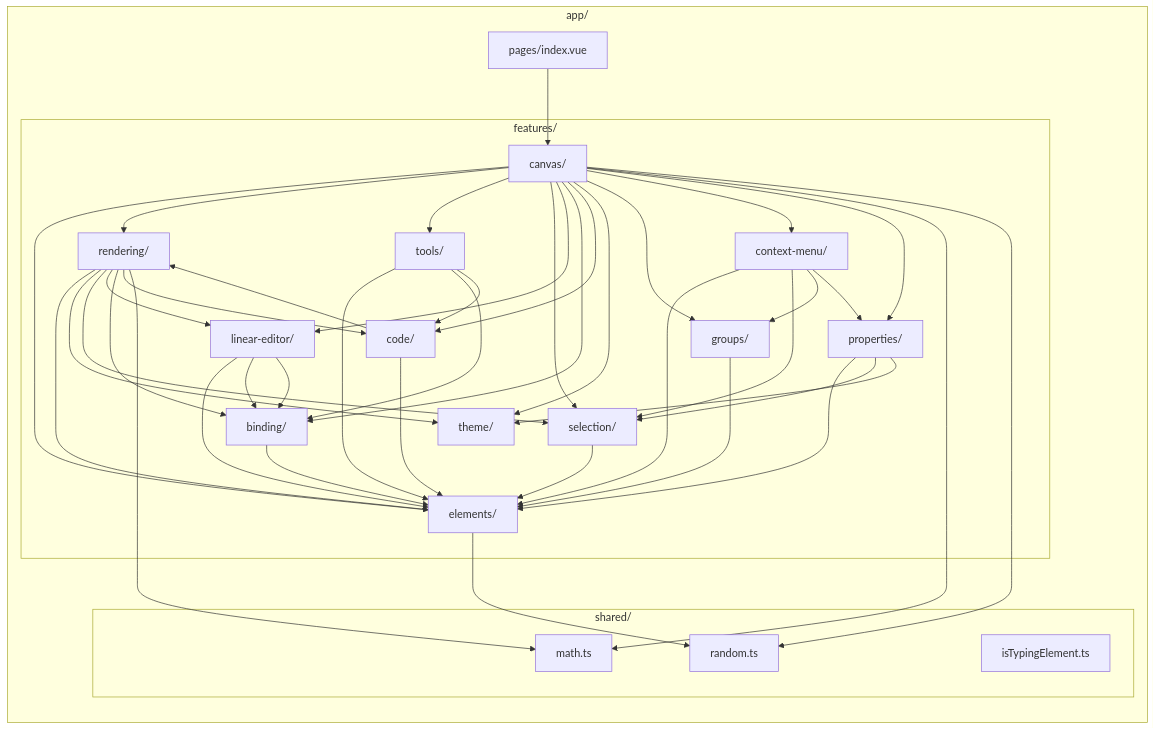
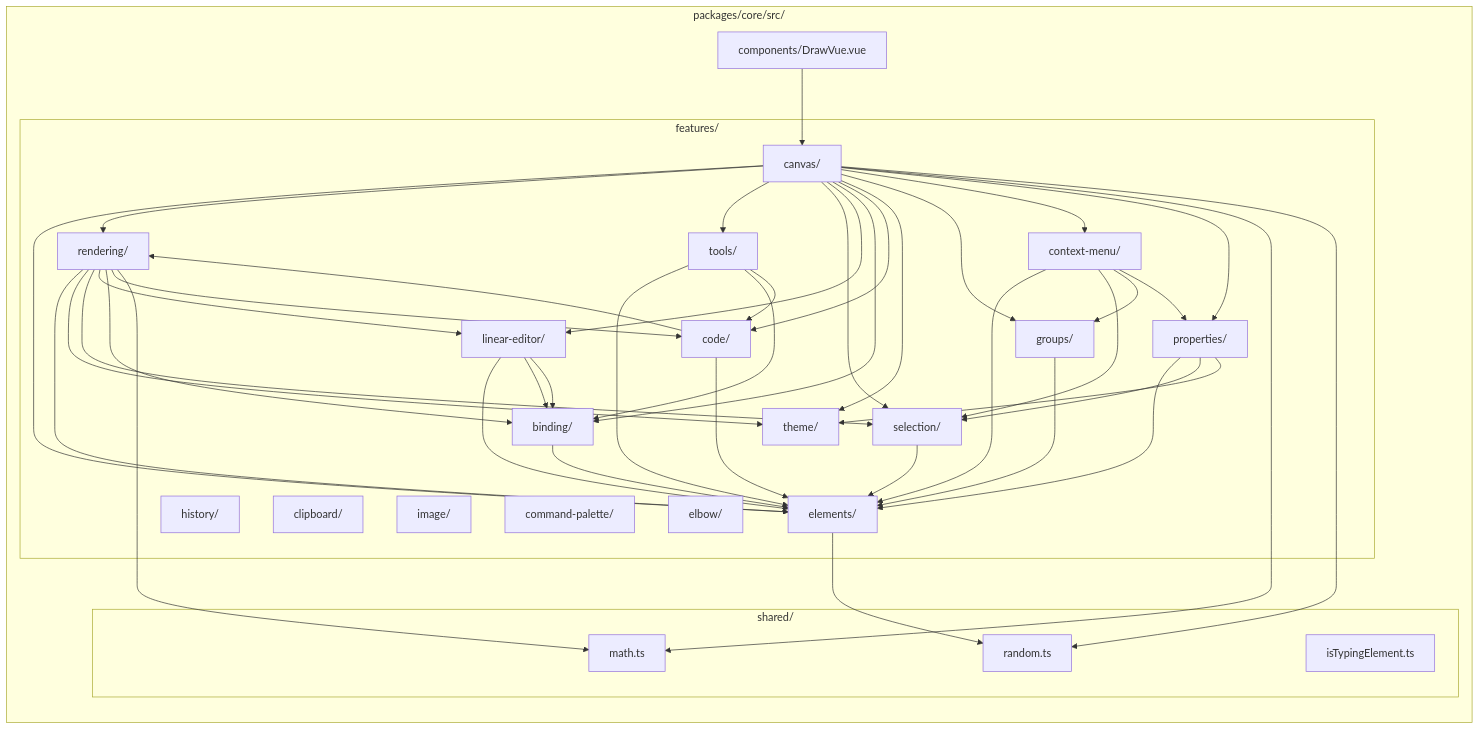
Before and after one commit to alexanderop/excalidrawNuxt: the diagram in docs/diagrams/feature-architecture.md, drawn with Mermaid. The commit also changed other lines of this file and 52 other files, not shown here.

````diff
--- a/docs/diagrams/feature-architecture.md
+++ b/docs/diagrams/feature-architecture.md
@@ -5,66 +7,71 @@
 ```mermaid
 graph LR
-    subgraph "app/"
-        Pages[pages/index.vue]
+    subgraph "packages/core/src/"
+        DrawVue[components/DrawVue.vue]
         subgraph "features/"
             Canvas[canvas/]
             ContextMenu[context-menu/]
             Elements[elements/]
             Properties[properties/]
             Rendering[rendering/]
             Tools[tools/]
             Selection[selection/]
             LinearEditor[linear-editor/]
             Binding[binding/]
             Code[code/]
             Theme[theme/]
             Groups[groups/]
+            History[history/]
+            Clipboard[clipboard/]
+            Image[image/]
+            CommandPalette[command-palette/]
+            Elbow[elbow/]
         end
         subgraph "shared/"
             Math[math.ts]
             Random[random.ts]
             IsTyping[isTypingElement.ts]
         end
     end
 
-    Pages --> Canvas
+    DrawVue --> Canvas
     Canvas --> Elements
     Canvas --> Rendering
     Canvas --> Tools
     Canvas --> Selection
     Canvas --> LinearEditor
     Canvas --> Binding
     Canvas --> Code
     Canvas --> Theme
     Canvas --> Groups
     Canvas --> ContextMenu
     Canvas --> Properties
     ContextMenu --> Elements
     ContextMenu --> Selection
     ContextMenu --> Groups
     ContextMenu --> Properties
     Properties --> Elements
     Properties --> Selection
     Properties --> Theme
     Tools --> Elements
     Tools --> Binding
     Tools --> Code
     Rendering --> Elements
     Rendering --> Theme
     Rendering --> Selection
     Rendering --> LinearEditor
     Rendering --> Binding
     Rendering --> Code
     LinearEditor --> Elements
     LinearEditor --> Binding
     Binding --> Elements
     Code --> Elements
     Code --> Rendering
     LinearEditor --> Binding
     Selection --> Elements
     Groups --> Elements
     Canvas --> Math
     Canvas --> Random
     Elements --> Random
     Rendering --> Math
 ```
````
